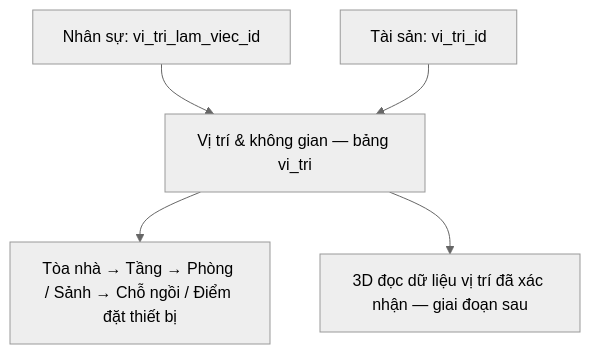
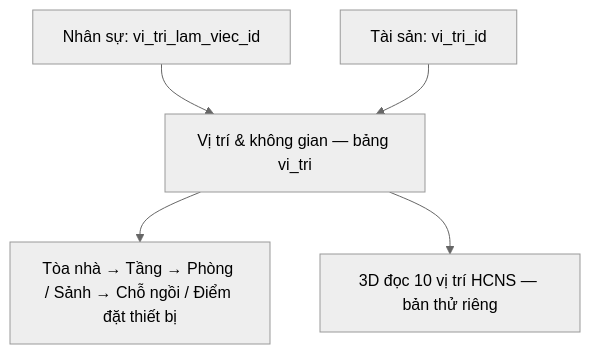
One commit to IceCrowNT/SGDERP changed the diagram in docs/plans/LOCATION-MANAGEMENT-CHECKLIST.md. Above: the diagram before and after it, drawn with Mermaid (neutral theme). The commit also changed other lines of this file and 56 other files, not shown here.

````diff
--- a/docs/plans/LOCATION-MANAGEMENT-CHECKLIST.md
+++ b/docs/plans/LOCATION-MANAGEMENT-CHECKLIST.md
@@ -12,7 +82,7 @@
 ```mermaid
 flowchart TB
     V["Vị trí & không gian — bảng vi_tri"] --> C["Tòa nhà → Tầng → Phòng / Sảnh → Chỗ ngồi / Điểm đặt thiết bị"]
     N["Nhân sự: vi_tri_lam_viec_id"] --> V
     T["Tài sản: vi_tri_id"] --> V
-    V --> D["3D đọc dữ liệu vị trí đã xác nhận — giai đoạn sau"]
+    V --> D["3D đọc 10 vị trí HCNS — bản thử riêng"]
 ```
````
